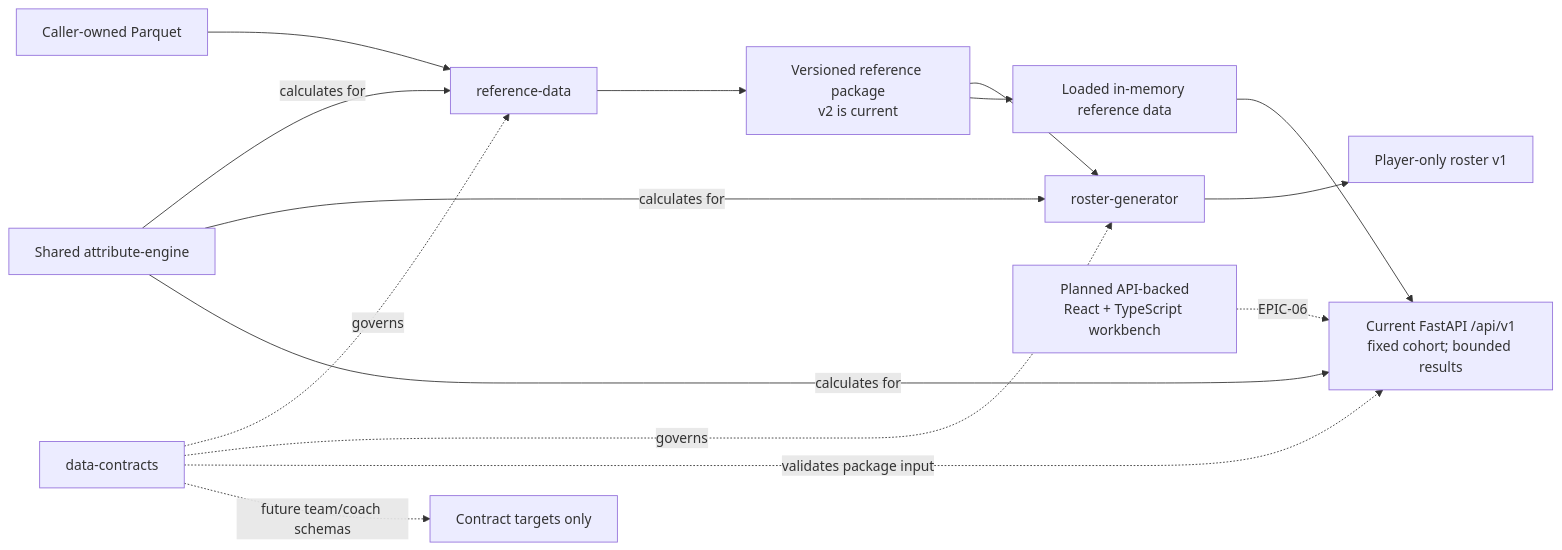
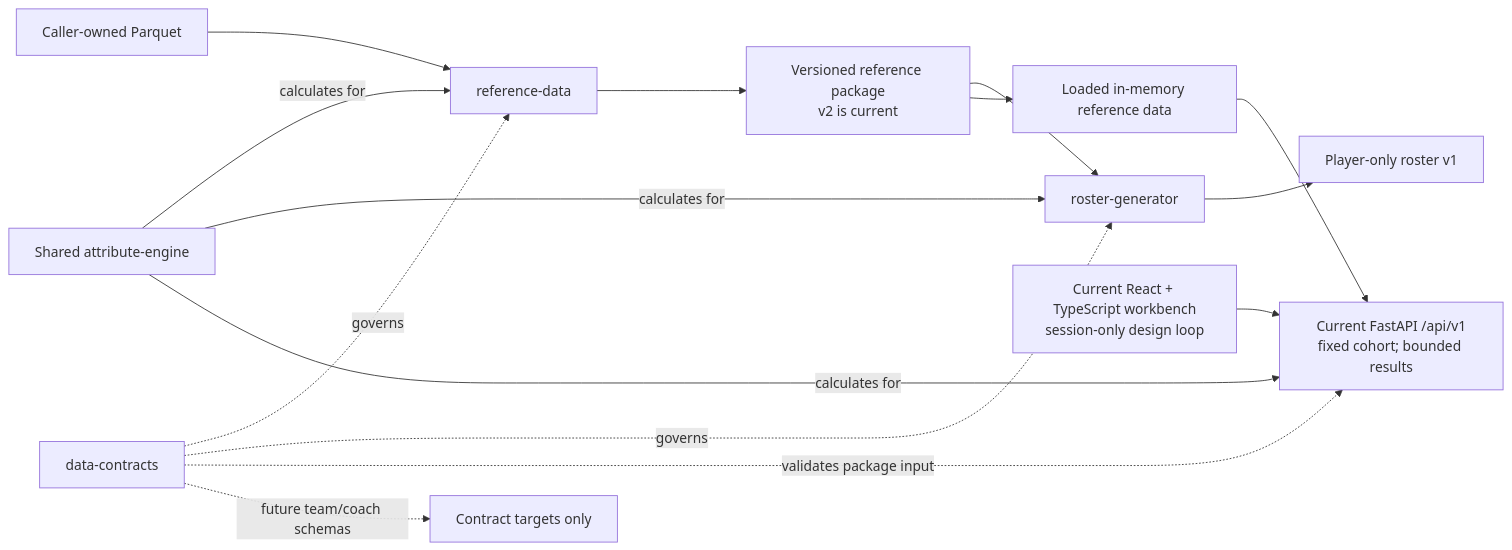
The third of 4 diagrams in docs/presentations/PLAYER_GENERATOR_TECHNICAL_OVERVIEW.md (jimmie-potts/player-generator), drawn with Mermaid before and after one commit. The commit also changed other lines of this file and 42 other files, not shown here.

````diff
--- a/docs/presentations/PLAYER_GENERATOR_TECHNICAL_OVERVIEW.md
+++ b/docs/presentations/PLAYER_GENERATOR_TECHNICAL_OVERVIEW.md
@@ -361,16 +372,16 @@
 ```mermaid
 flowchart LR
     sources["Caller-owned Parquet"] --> reference["reference-data"]
     reference --> refpkg["Versioned reference package<br/>v2 is current"]
     refpkg --> roster["roster-generator"] --> rosterpkg["Player-only roster v1"]
     refpkg --> frame["Loaded in-memory reference data"]
     frame --> api["Current FastAPI /api/v1<br/>fixed cohort; bounded results"]
-    workbench["Planned API-backed<br/>React + TypeScript workbench"] -. EPIC-06 .-> api
+    workbench["Current React + TypeScript workbench<br/>session-only design loop"] --> api
     engine["Shared attribute-engine"] -->|calculates for| reference
     engine -->|calculates for| roster
     engine -->|calculates for| api
     contracts["data-contracts"] -. governs .-> reference
     contracts -. governs .-> roster
     contracts -. validates package input .-> api
     contracts -. future team/coach schemas .-> future["Contract targets only"]
 ```
````
